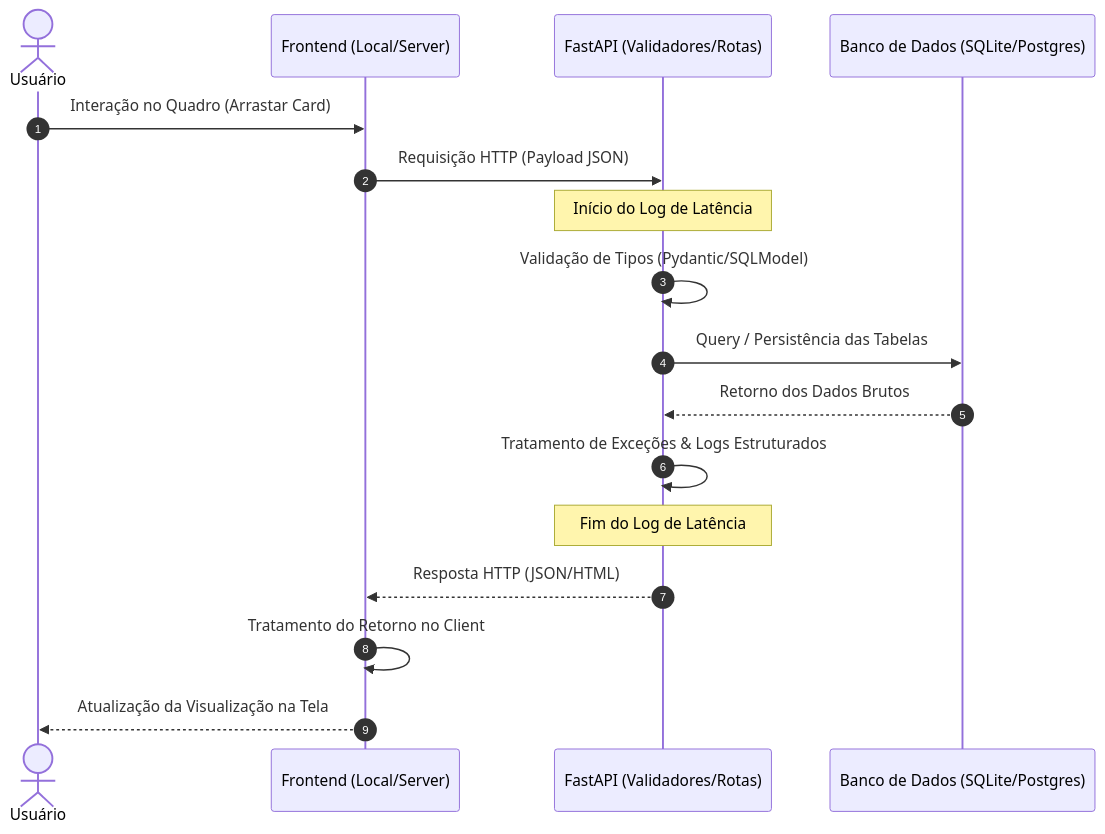
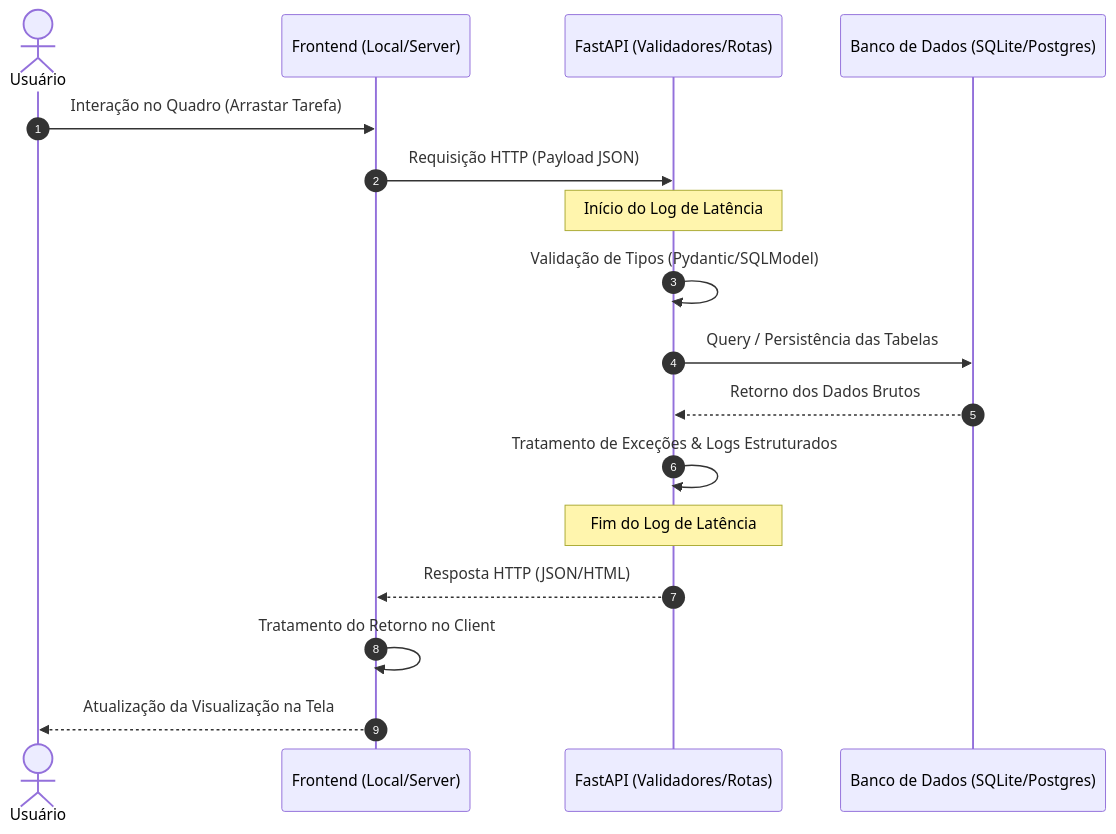
The first of 2 diagrams in README.md (reali-705/kanban_poliglota), drawn with Mermaid before and after one commit. The commit also changed 2 other files, not shown here.

Commit message:
docs: atualiza nomenclatura para o portugues

````diff
--- a/README.md
+++ b/README.md
@@ -25,20 +25,20 @@
 ```mermaid
 sequenceDiagram
     autonumber
     actor Usuário
     participant Front as Frontend (Local/Server)
     participant API as FastAPI (Validadores/Rotas)
     participant DB as Banco de Dados (SQLite/Postgres)
 
-    Usuário->>Front: Interação no Quadro (Arrastar Card)
+    Usuário->>Front: Interação no Quadro (Arrastar Tarefa)
     Front->>API: Requisição HTTP (Payload JSON)
     Note over API: Início do Log de Latência
     API->>API: Validação de Tipos (Pydantic/SQLModel)
     API->>DB: Query / Persistência das Tabelas
     DB-->>API: Retorno dos Dados Brutos
     API->>API: Tratamento de Exceções & Logs Estruturados
     Note over API: Fim do Log de Latência
     API-->>Front: Resposta HTTP (JSON/HTML)
     Front->>Front: Tratamento do Retorno no Client
     Front-->>Usuário: Atualização da Visualização na Tela
 ```
````
